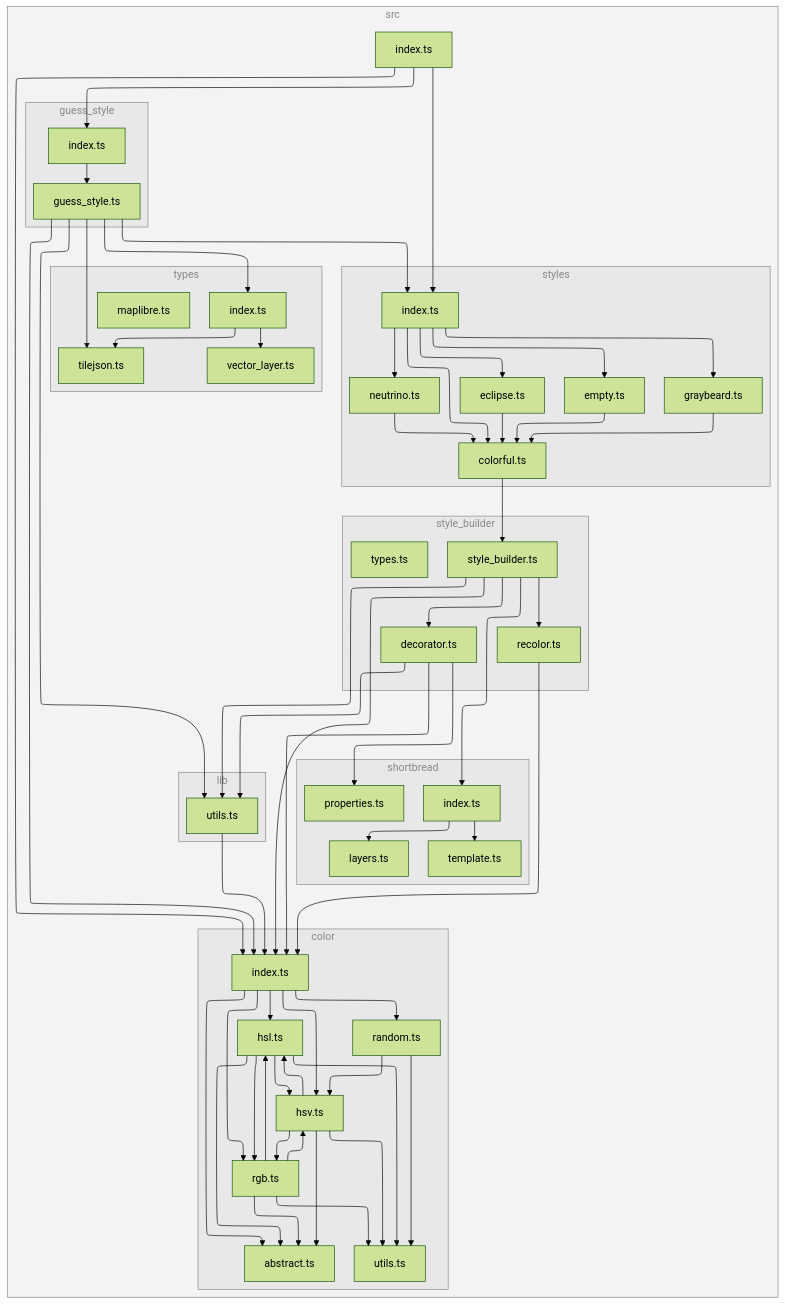
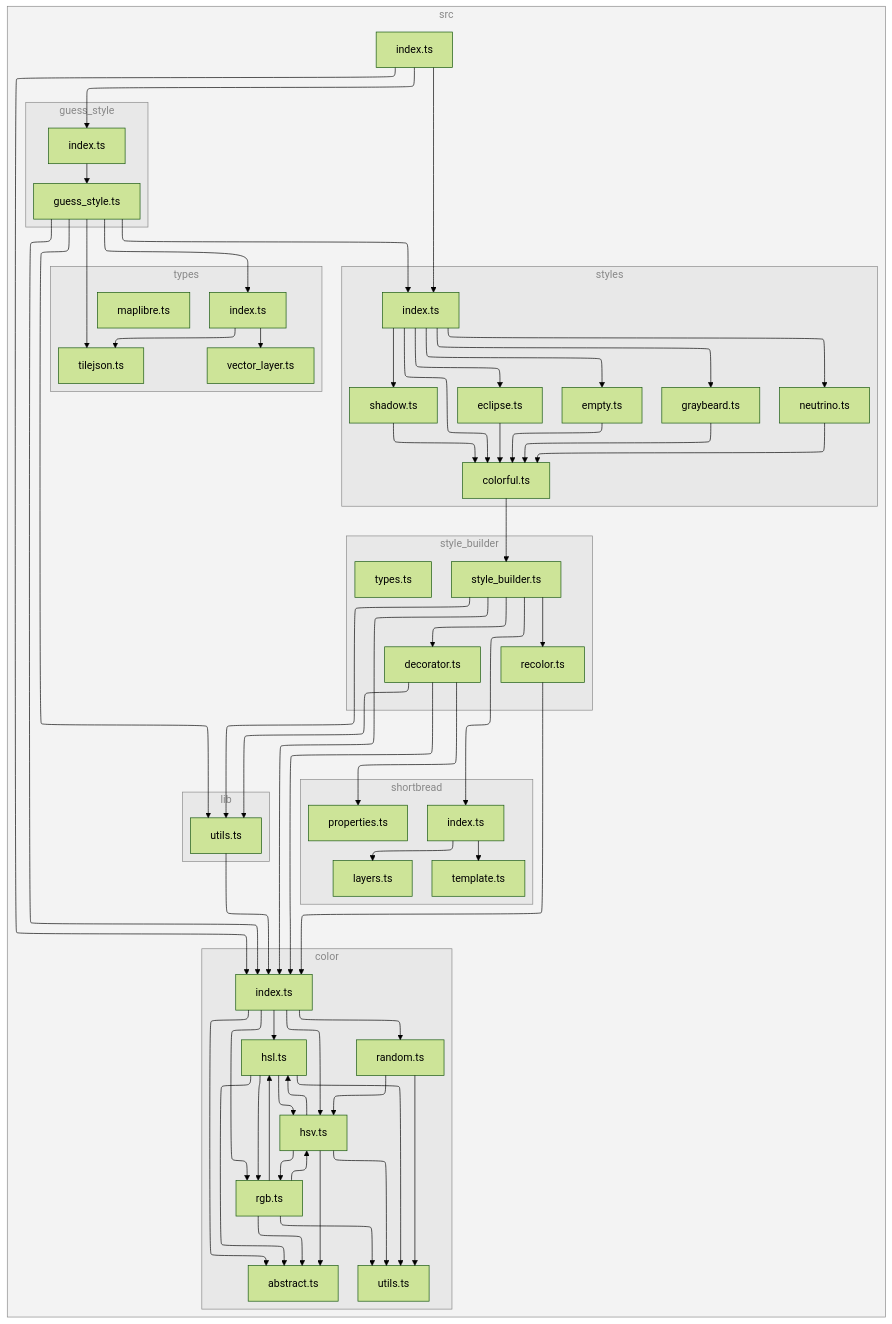
One commit to versatiles-org/versatiles-style changed the diagram in README.MD. Above: the diagram before and after it, drawn with Mermaid (forest theme). The commit also changed other lines of this file and 5 other files, not shown here.

````diff
--- a/README.MD
+++ b/README.MD
@@ -157,7 +159,7 @@
 end
 subgraph 9["guess_style"]
 A["guess_style.ts"]
-X["index.ts"]
+Y["index.ts"]
 end
 subgraph B["lib"]
 C["utils.ts"]
@@ -169,12 +171,13 @@
 Q["empty.ts"]
 R["graybeard.ts"]
 S["neutrino.ts"]
+T["shadow.ts"]
 end
 subgraph G["style_builder"]
 H["style_builder.ts"]
 M["decorator.ts"]
 O["recolor.ts"]
-Z["types.ts"]
+10["types.ts"]
 end
 subgraph I["shortbread"]
 J["index.ts"]
@@ -182,13 +185,13 @@
 L["template.ts"]
 N["properties.ts"]
 end
-subgraph T["types"]
-U["index.ts"]
-V["tilejson.ts"]
-W["vector_layer.ts"]
-10["maplibre.ts"]
+subgraph U["types"]
+V["index.ts"]
+W["tilejson.ts"]
+X["vector_layer.ts"]
+11["maplibre.ts"]
 end
-Y["index.ts"]
+Z["index.ts"]
 end
 3-->2
 3-->4
@@ -212,14 +215,15 @@
 A-->7
 A-->C
 A-->E
-A-->U
 A-->V
+A-->W
 C-->7
 E-->F
 E-->P
 E-->Q
 E-->R
 E-->S
+E-->T
 F-->H
 H-->7
 H-->C
@@ -236,13 +240,14 @@
 Q-->F
 R-->F
 S-->F
-U-->V
-U-->W
-X-->A
-Y-->7
-Y-->X
-Y-->E
+T-->F
+V-->W
+V-->X
+Y-->A
+Z-->7
+Z-->Y
+Z-->E
 
-class 0,1,9,B,D,G,I,T subgraphs;
+class 0,1,9,B,D,G,I,U subgraphs;
 classDef subgraphs fill-opacity:0.1, fill:#888, color:#888, stroke:#888;
 ```
````
